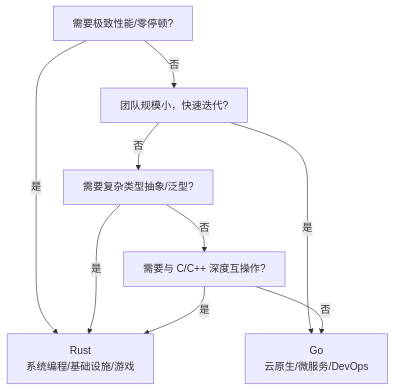
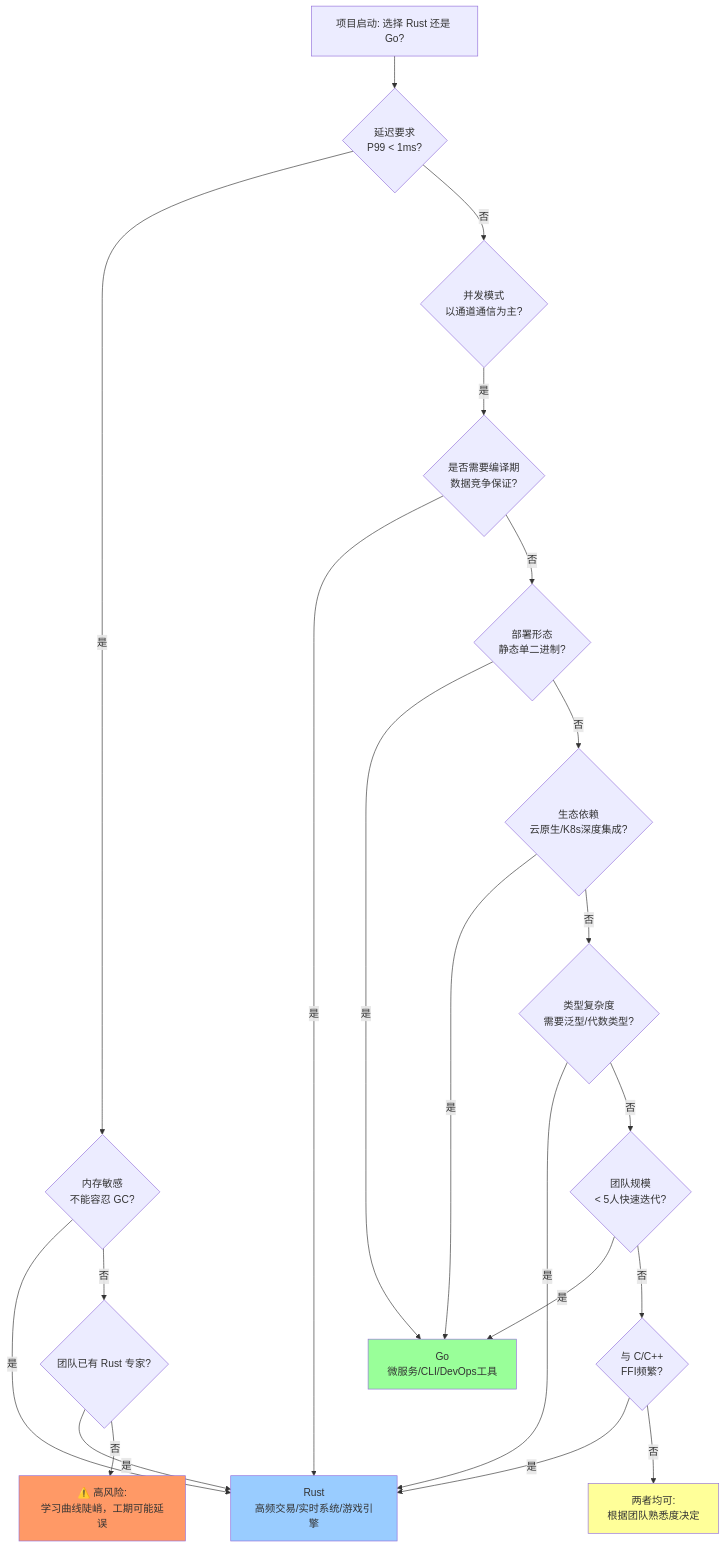
Before and after one commit to martin-ly/rust-lang: the third of 4 diagrams in concept/05_comparative/02_rust_vs_go.md, drawn with Mermaid. The commit also changed other lines of this file and 20 other files, not shown here.

````diff
--- a/concept/05_comparative/02_rust_vs_go.md
+++ b/concept/05_comparative/02_rust_vs_go.md
@@ -101,14 +177,29 @@
 ```mermaid
 graph TD
-    Q1[需要极致性能/零停顿?] -->|是| A1[Rust]
-    Q1 -->|否| Q2[团队规模小，快速迭代?]
-    Q2 -->|是| A2[Go]
-    Q2 -->|否| Q3[需要复杂类型抽象/泛型?]
+    START[项目启动: 选择 Rust 还是 Go?] --> Q1{延迟要求<br/>P99 < 1ms?}
+    Q1 -->|是| Q1A{内存敏感<br/>不能容忍 GC?}
+    Q1A -->|是| A1[Rust<br/>高频交易/实时系统/游戏引擎]
+    Q1A -->|否| Q1B{团队已有 Rust 专家?}
+    Q1B -->|是| A1
+    Q1B -->|否| WARN1[⚠️ 高风险:<br/>学习曲线陡峭，工期可能延误]
+
+    Q1 -->|否| Q2{并发模式<br/>以通道通信为主?}
+    Q2 -->|是| Q3{是否需要编译期<br/>数据竞争保证?}
     Q3 -->|是| A1
-    Q3 -->|否| Q4[需要与 C/C++ 深度互操作?]
-    Q4 -->|是| A1
-    Q4 -->|否| A2
+    Q3 -->|否| Q4{部署形态<br/>静态单二进制?}
+    Q4 -->|是| A2[Go<br/>微服务/CLI/DevOps工具]
+    Q4 -->|否| Q5{生态依赖<br/>云原生/K8s深度集成?}
+    Q5 -->|是| A2
+    Q5 -->|否| Q6{类型复杂度<br/>需要泛型/代数类型?}
+    Q6 -->|是| A1
+    Q6 -->|否| Q7{团队规模<br/>< 5人快速迭代?}
+    Q7 -->|是| A2
+    Q7 -->|否| Q8{与 C/C++<br/>FFI频繁?}
+    Q8 -->|是| A1
+    Q8 -->|否| A3[两者均可:<br/>根据团队熟悉度决定]
 
-    A1[Rust<br/>系统编程/基础设施/游戏]
-    A2[Go<br/>云原生/微服务/DevOps]
+    style A1 fill:#9cf
+    style A2 fill:#9f9
+    style A3 fill:#ff9
+    style WARN1 fill:#f96
 ```
````
